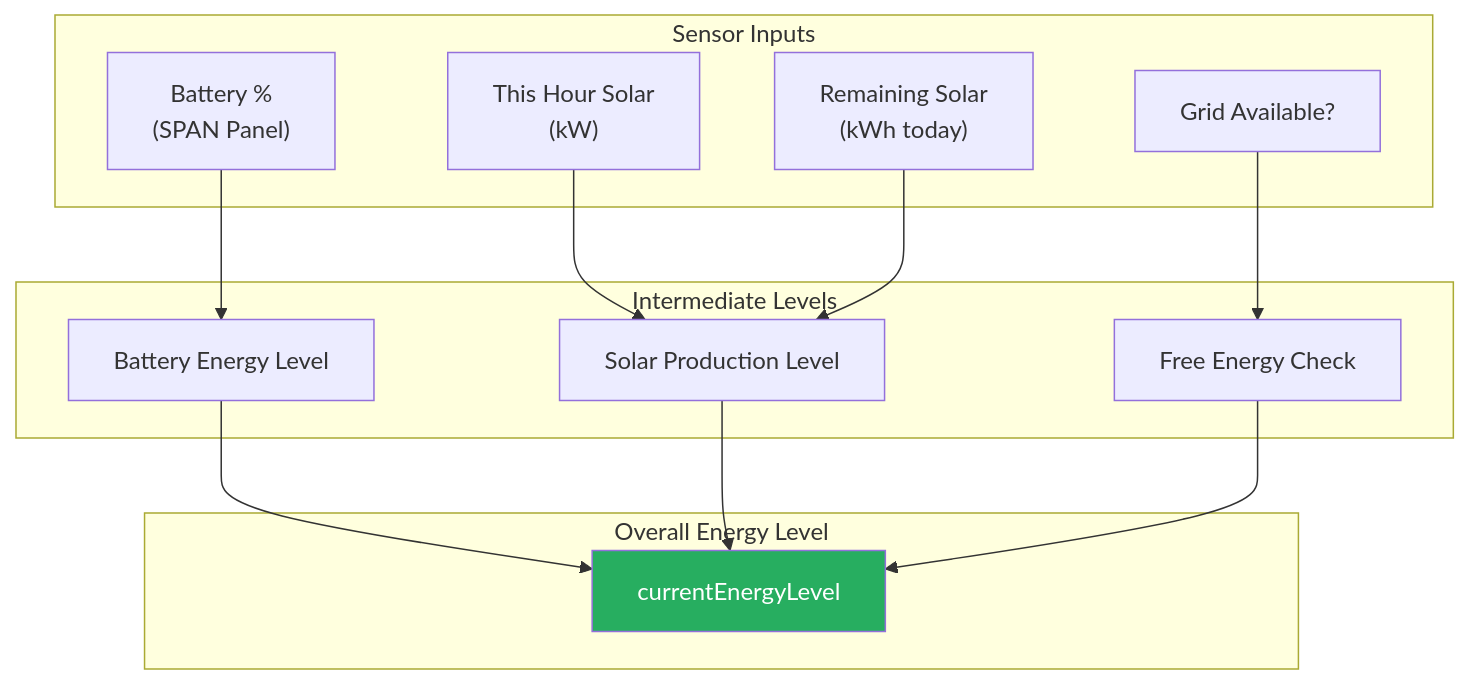
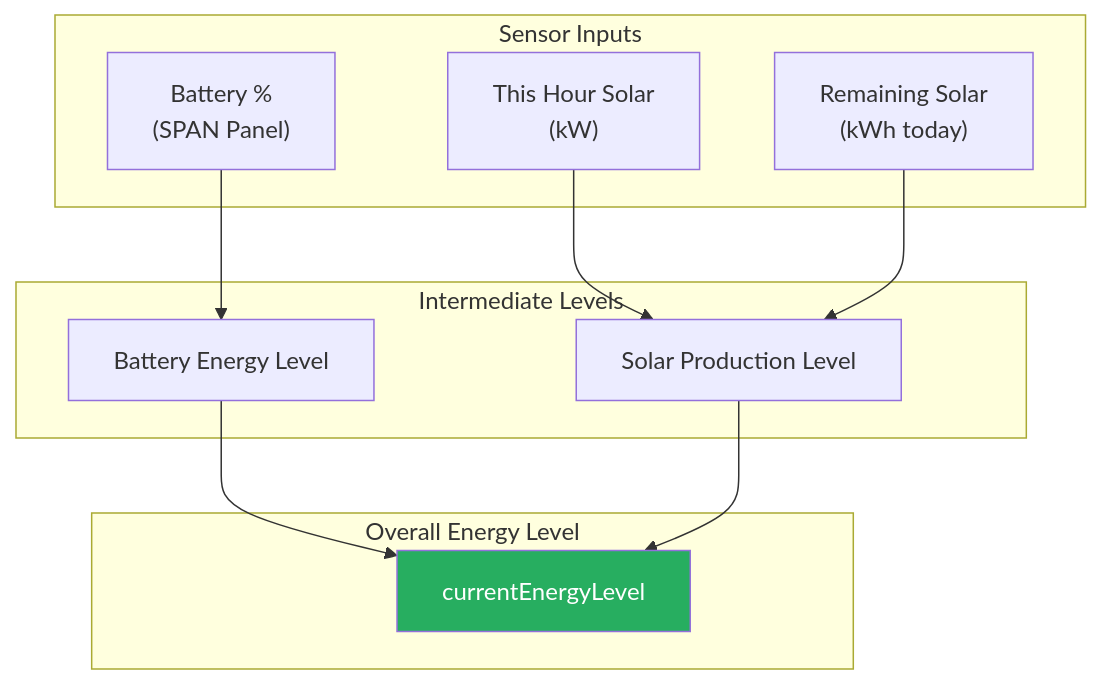
The first of 5 diagrams in docs/flows/ENERGY_MANAGEMENT.md (NickBorgers/home-automation), drawn with Mermaid before and after one commit. The commit also changed other lines of this file and 18 other files, not shown here.

Commit message:
fix: remove scheduled free grid energy

````diff
--- a/docs/flows/ENERGY_MANAGEMENT.md
+++ b/docs/flows/ENERGY_MANAGEMENT.md
@@ -17,30 +17,26 @@
 ```mermaid
 flowchart TD
     subgraph Inputs["Sensor Inputs"]
         battery["Battery %<br/>(SPAN Panel)"]
         thisHourSolar["This Hour Solar<br/>(kW)"]
         remainingSolar["Remaining Solar<br/>(kWh today)"]
-        gridAvail["Grid Available?"]
     end
 
     subgraph Intermediate["Intermediate Levels"]
         batteryLevel["Battery Energy Level"]
         solarLevel["Solar Production Level"]
-        freeEnergy["Free Energy Check"]
     end
 
     subgraph Output["Overall Energy Level"]
         overallLevel["currentEnergyLevel"]
     end
 
     battery --> batteryLevel
     thisHourSolar --> solarLevel
     remainingSolar --> solarLevel
-    gridAvail --> freeEnergy
 
     batteryLevel --> overallLevel
     solarLevel --> overallLevel
-    freeEnergy --> overallLevel
 
     style overallLevel fill:#27ae60,color:#fff
 ```
````
